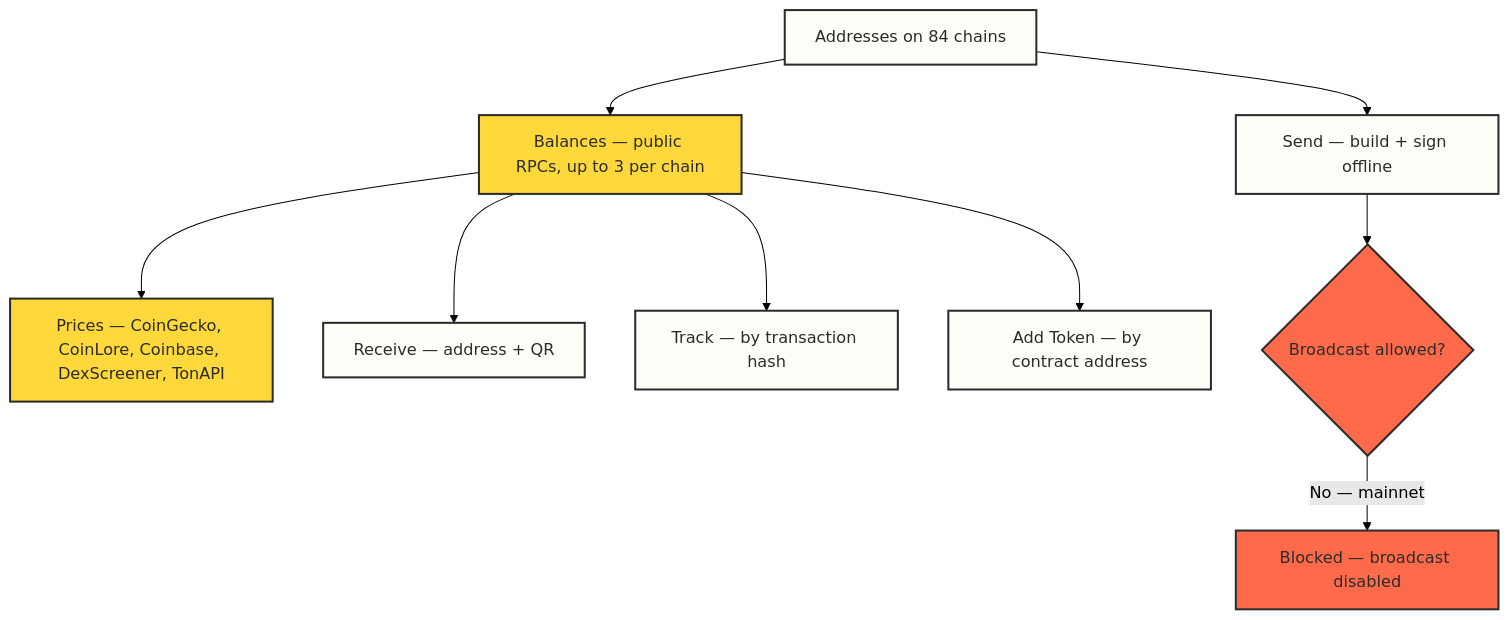
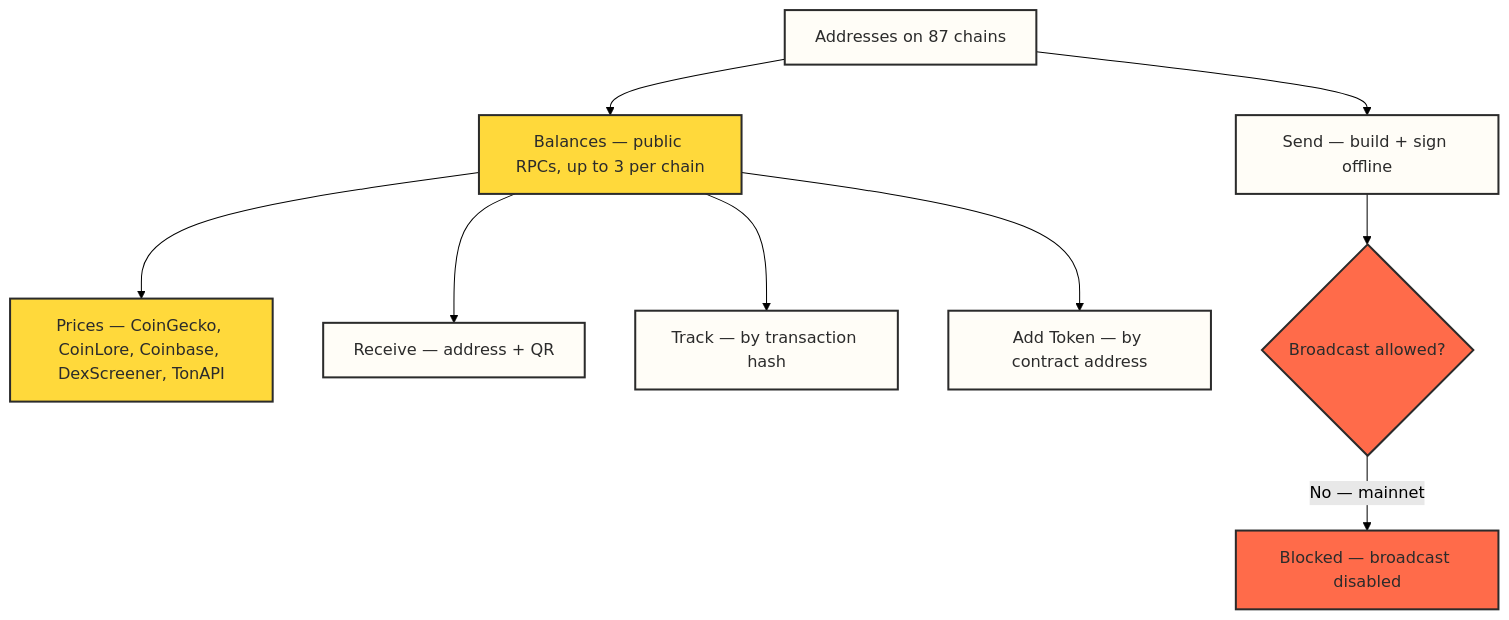
The third of 3 diagrams in docs/HOW-IT-WORKS.md (Pr3eve6ti2o/bawa), drawn with Mermaid (forest theme) before and after one commit. The commit also changed other lines of this file and 9 other files, not shown here.

````diff
--- a/docs/HOW-IT-WORKS.md
+++ b/docs/HOW-IT-WORKS.md
@@ -84,24 +84,24 @@
 ```mermaid
 flowchart TB
     accTitle: Balances, prices and flows
     accDescr: Addresses feed public RPC balances and cached prices; Receive, Track and Add Token read them, and Send stops at a disabled broadcast.
 
-    addrs2["Addresses on 84 chains"] --> balances["Balances — public RPCs, up to 3 per chain"]
+    addrs2["Addresses on 87 chains"] --> balances["Balances — public RPCs, up to 3 per chain"]
     balances --> prices["Prices — CoinGecko, CoinLore, Coinbase, DexScreener, TonAPI"]
     balances --> receive["Receive — address + QR"]
     balances --> track["Track — by transaction hash"]
     balances --> addtoken["Add Token — by contract address"]
     addrs2 --> send["Send — build + sign offline"]
     send --> guard{"Broadcast allowed?"}
     guard -->|No — mainnet| blocked["Blocked — broadcast disabled"]
 
     classDef guide fill:#FFFDF7,stroke:#2B2B2B,stroke-width:2px,color:#2B2B2B
     classDef sun fill:#FFD93B,stroke:#2B2B2B,stroke-width:2px,color:#2B2B2B
     classDef coral fill:#FF6B4A,stroke:#2B2B2B,stroke-width:2px,color:#2B2B2B
     classDef plain fill:#FFFDF7,stroke:#2B2B2B,stroke-width:2px,color:#2B2B2B
 
     class addrs2 guide
     class balances,prices sun
     class guard,blocked coral
     class receive,track,addtoken,send plain
 ```
````
